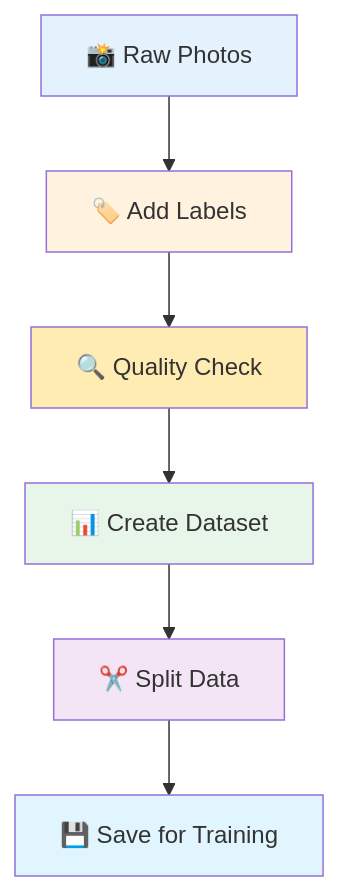
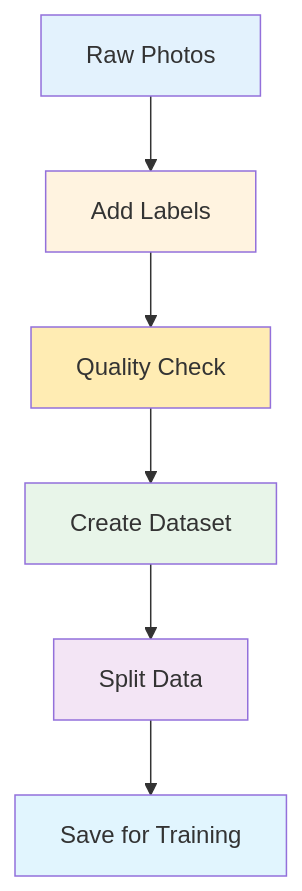
The first of 10 diagrams in docs/workflow_data_preparation.md (SITES-spectral/phenocai), drawn with Mermaid before and after one commit. The commit also changed other lines of this file and 22 other files, not shown here.

````diff
--- a/docs/workflow_data_preparation.md
+++ b/docs/workflow_data_preparation.md
@@ -7,15 +7,15 @@
 ```mermaid
 graph TD
-    A[📸 Raw Photos] --> B[🏷️ Add Labels]
-    B --> C[🔍 Quality Check]
-    C --> D[📊 Create Dataset]
-    D --> E[✂️ Split Data]
-    E --> F[💾 Save for Training]
+    A[Raw Photos] --> B[Add Labels]
+    B --> C[Quality Check]
+    C --> D[Create Dataset]
+    D --> E[Split Data]
+    E --> F[Save for Training]
     
     style A fill:#e3f2fd
     style B fill:#fff3e0
     style C fill:#ffecb3
     style D fill:#e8f5e9
     style E fill:#f3e5f5
     style F fill:#e1f5fe
 ```
````
